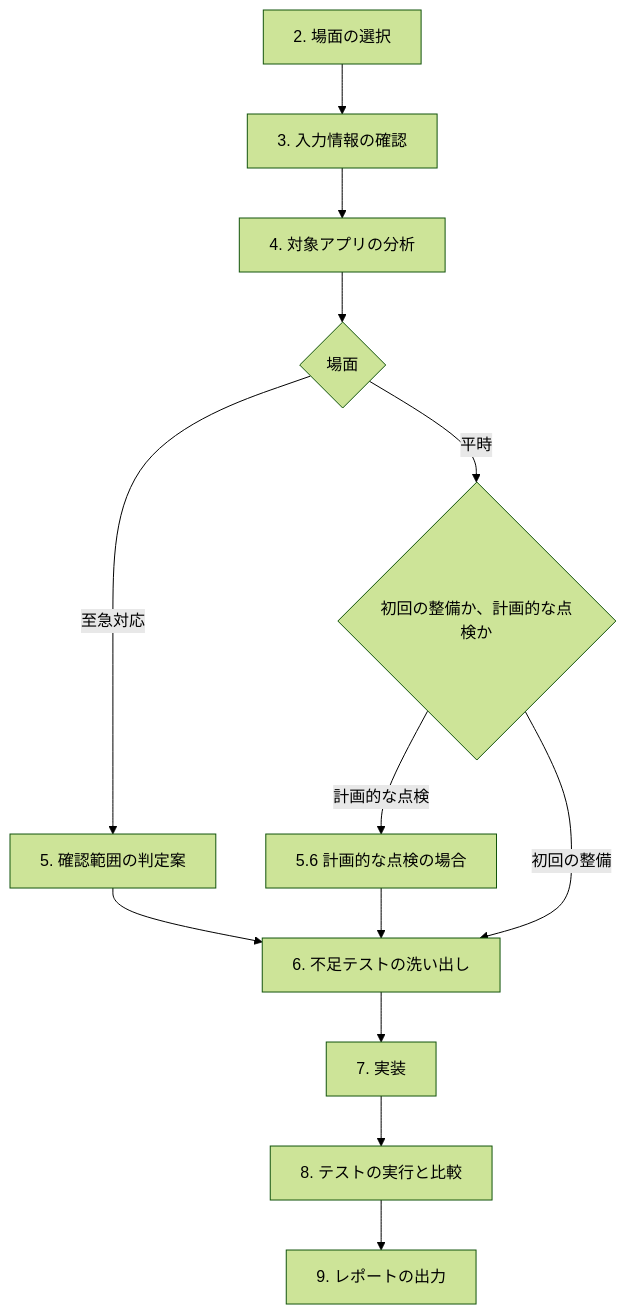
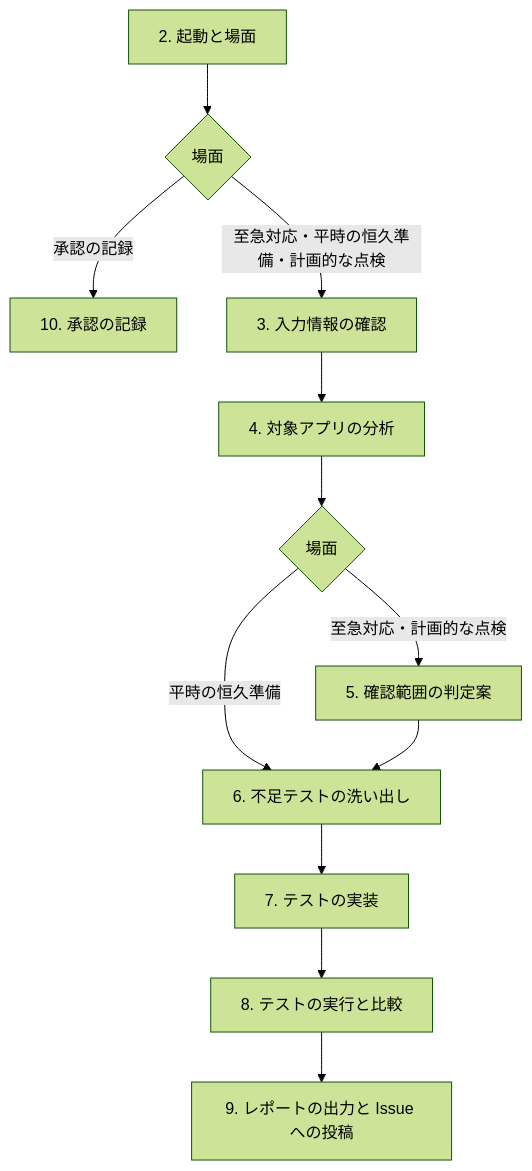
Before and after one commit to doikota/agent-skills: the diagram in .claude/skills/patch-regression-test/SKILL.md, drawn with Mermaid (forest theme). The commit also changed other lines of this file and 1 other file, not shown here.

````diff
--- a/.claude/skills/patch-regression-test/SKILL.md
+++ b/.claude/skills/patch-regression-test/SKILL.md
@@ -62,15 +74,14 @@
 ```mermaid
 flowchart TD
-  S2[2. 場面の選択] --> S3[3. 入力情報の確認]
+  S2[2. 起動と場面] --> J0{場面}
+  J0 -- 承認の記録 --> S10[10. 承認の記録]
+  J0 -- 至急対応・平時の恒久準備・計画的な点検 --> S3[3. 入力情報の確認]
   S3 --> S4[4. 対象アプリの分析]
   S4 --> J{場面}
-  J -- 至急対応 --> S5[5. 確認範囲の判定案]
-  J -- 平時 --> K{初回の整備か、計画的な点検か}
-  K -- 計画的な点検 --> S56[5.6 計画的な点検の場合]
-  K -- 初回の整備 --> S6[6. 不足テストの洗い出し]
+  J -- 至急対応・計画的な点検 --> S5[5. 確認範囲の判定案]
+  J -- 平時の恒久準備 --> S6[6. 不足テストの洗い出し]
   S5 --> S6
-  S56 --> S6
-  S6 --> S7[7. 実装]
+  S6 --> S7[7. テストの実装]
   S7 --> S8[8. テストの実行と比較]
-  S8 --> S9[9. レポートの出力]
+  S8 --> S9[9. レポートの出力と Issue への投稿]
 ```
````
